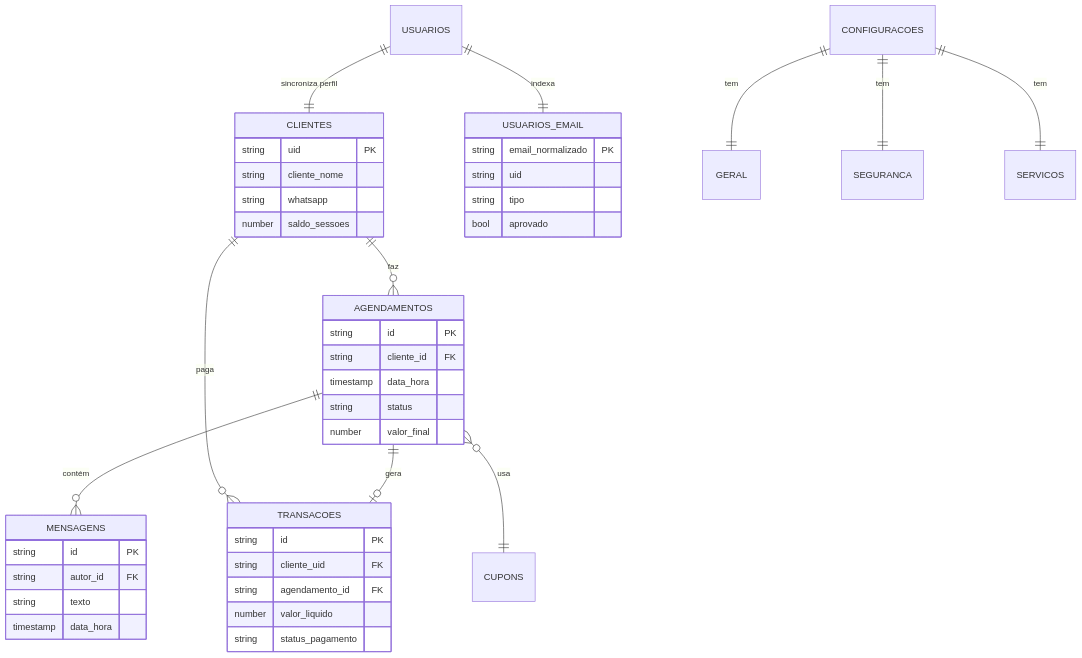
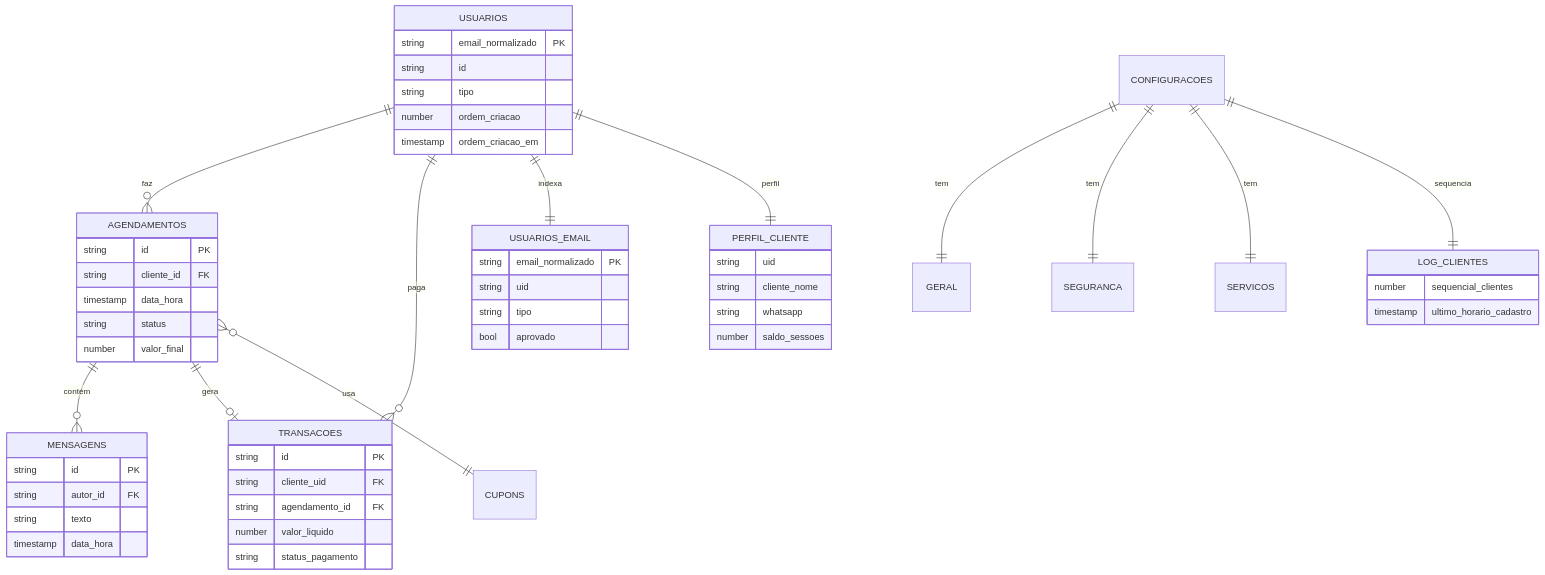
The second of 2 diagrams in ESTRUTURA_FIRESTORE.md (AllandreGirodo/sagma), drawn with Mermaid before and after one commit. The commit also changed other lines of this file and 14 other files, not shown here.

````diff
--- a/ESTRUTURA_FIRESTORE.md
+++ b/ESTRUTURA_FIRESTORE.md
@@ -496,50 +519,64 @@
 ```mermaid
 erDiagram
-    CLIENTES ||--o{ AGENDAMENTOS : "faz"
-    CLIENTES ||--o{ TRANSACOES : "paga"
+  USUARIOS ||--o{ AGENDAMENTOS : "faz"
+  USUARIOS ||--o{ TRANSACOES : "paga"
     AGENDAMENTOS ||--o{ MENSAGENS : "contém"
     AGENDAMENTOS ||--o| TRANSACOES : "gera"
     AGENDAMENTOS }o--|| CUPONS : "usa"
     USUARIOS ||--|| USUARIOS_EMAIL : "indexa"
-    USUARIOS ||--|| CLIENTES : "sincroniza perfil"
+  USUARIOS ||--|| PERFIL_CLIENTE : "perfil"
     CONFIGURACOES ||--|| GERAL : "tem"
     CONFIGURACOES ||--|| SEGURANCA : "tem"
     CONFIGURACOES ||--|| SERVICOS : "tem"
+  CONFIGURACOES ||--|| LOG_CLIENTES : "sequencia"
     
-    CLIENTES {
-        string uid PK
-        string cliente_nome
-        string whatsapp
-        number saldo_sessoes
+    USUARIOS {
+      string email_normalizado PK
+      string id
+      string tipo
+      number ordem_criacao
+      timestamp ordem_criacao_em
+    }
+
+    PERFIL_CLIENTE {
+      string uid
+      string cliente_nome
+      string whatsapp
+      number saldo_sessoes
+    }
+
+    LOG_CLIENTES {
+      number sequencial_clientes
+      timestamp ultimo_horario_cadastro
     }
     
     AGENDAMENTOS {
         string id PK
         string cliente_id FK
         timestamp data_hora
         string status
         number valor_final
     }
     
     TRANSACOES {
         string id PK
         string cliente_uid FK
         string agendamento_id FK
         number valor_liquido
         string status_pagamento
     }
 
     USUARIOS_EMAIL {
       string email_normalizado PK
       string uid
       string tipo
       bool aprovado
     }
     
     MENSAGENS {
         string id PK
         string autor_id FK
         string texto
         timestamp data_hora
     }
 ```
````
